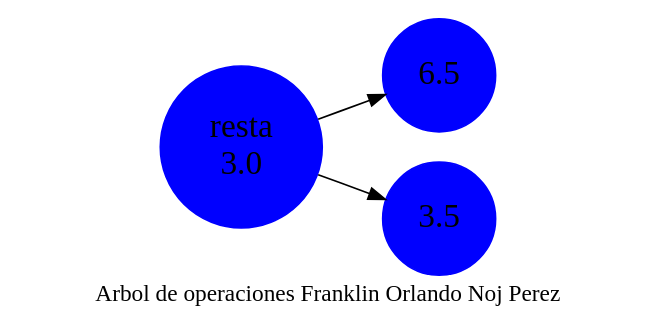
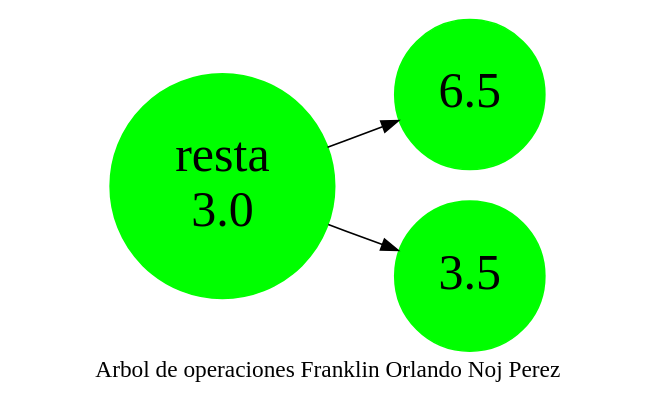
Before and after one commit to FranklinONP/LFP_S2_2023_Proyecto1_202200089: the diagram in bb.dot, drawn with Graphviz. The commit also changed 6 other files, not shown here.

```diff
--- a/bb.dot
+++ b/bb.dot
@@ -1,10 +1,10 @@
 digraph G {
                     label=" Arbol de operaciones Franklin Orlando Noj Perez"
                     rankdir="LR"
-                    node[style=filled, color=" blue", fontcolor=" black", shape=circle, fontsize=20,fontweight="bold"]nodo00[label="resta\n3.0"];
+                    node[style=filled, color=" green", fontcolor=" black", shape=circle, fontsize=30,fontweight="bold"]nodo00[label="resta\n3.0"];
 nodo01_left[label="6.5"];
 nodo00 -> nodo01_left;
 nodo01_right[label="3.5"];
 nodo00 -> nodo01_right;
 
 }
```
